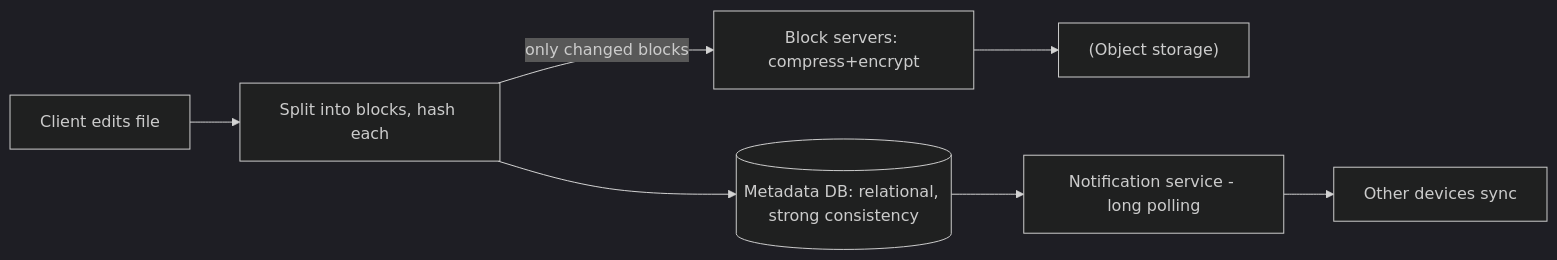
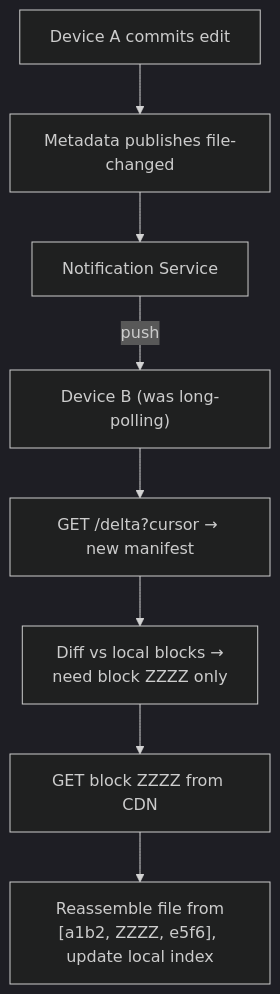
One commit to pankajThakur1874/studysheet changed the sixth of 10 diagrams in files/07-design-questions/14-file-storage.md. Above: the diagram before and after it, drawn with Mermaid (dark theme). The commit also changed other lines of this file and 16 other files, not shown here.

````diff
--- a/files/07-design-questions/14-file-storage.md
+++ b/files/07-design-questions/14-file-storage.md
@@ -506,7 +370,10 @@
 ```mermaid
-flowchart LR
-    C[Client edits file] --> Blk["Split into blocks, hash each"]
-    Blk -->|only changed blocks| BS["Block servers: compress+encrypt"] --> OS["(Object storage)"]
-    Blk --> Meta[("Metadata DB: relational, strong consistency")]
-    Meta --> Notify[Notification service - long polling] --> C2[Other devices sync]
+flowchart TD
+    DA["Device A commits edit"] --> EV["Metadata publishes file-changed"]
+    EV --> NS["Notification Service"]
+    NS -->|push| DB["Device B (was long-polling)"]
+    DB --> DELTA["GET /delta?cursor → new manifest"]
+    DELTA --> MISS["Diff vs local blocks →<br/>need block ZZZZ only"]
+    MISS --> CDN["GET block ZZZZ from CDN"]
+    CDN --> APPLY["Reassemble file from<br/>[a1b2, ZZZZ, e5f6], update local index"]
 ```
````
